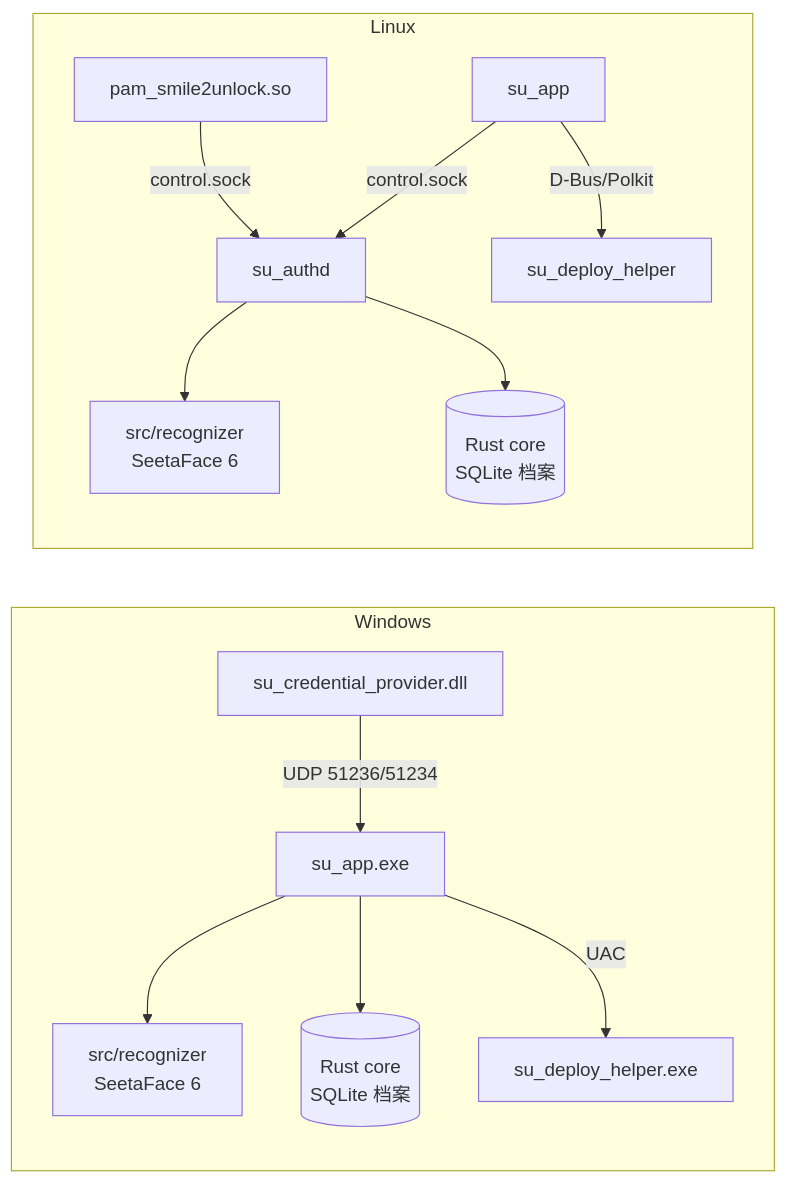
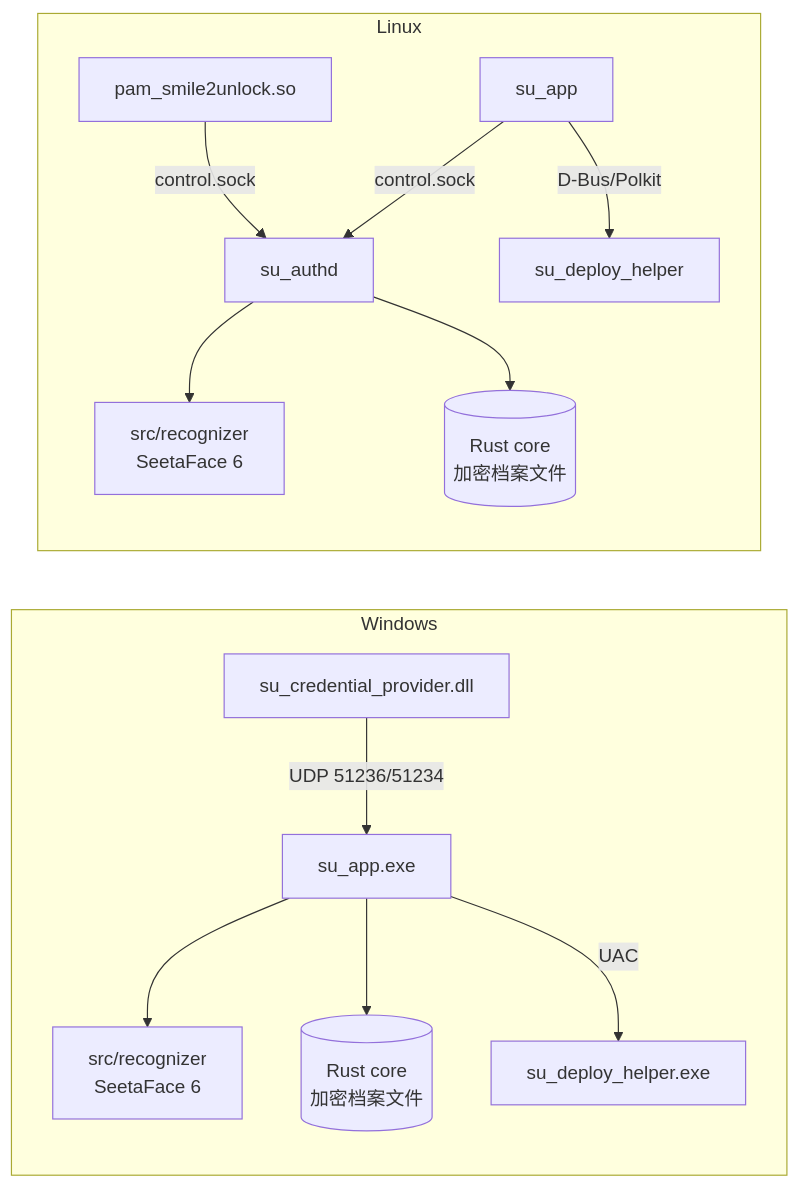
One commit to Smile2Unlock/Smile2Unlock_v2 changed the diagram in README_zh.md. Above: the diagram before and after it, drawn with Mermaid. The commit also changed other lines of this file and 1 other file, not shown here.

````diff
--- a/README_zh.md
+++ b/README_zh.md
@@ -93,16 +96,16 @@
 ```mermaid
 flowchart LR
     subgraph Windows
         CP[su_credential_provider.dll] -- UDP 51236/51234 --> APP[su_app.exe]
         APP --> REC[src/recognizer<br/>SeetaFace 6]
-        APP --> CORE[(Rust core<br/>SQLite 档案)]
+        APP --> CORE[(Rust core<br/>加密档案文件)]
         APP -- UAC --> HELPER[su_deploy_helper.exe]
     end
     subgraph Linux
         PAM[pam_smile2unlock.so] -- control.sock --> AUTHD[su_authd]
         AUTHD --> REC2[src/recognizer<br/>SeetaFace 6]
-        AUTHD --> CORE2[(Rust core<br/>SQLite 档案)]
+        AUTHD --> CORE2[(Rust core<br/>加密档案文件)]
         GUI[su_app] -- control.sock --> AUTHD
         GUI -- D-Bus/Polkit --> HELPER2[su_deploy_helper]
     end
 ```
````
